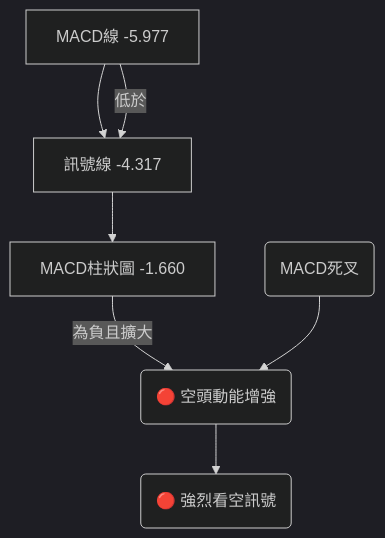
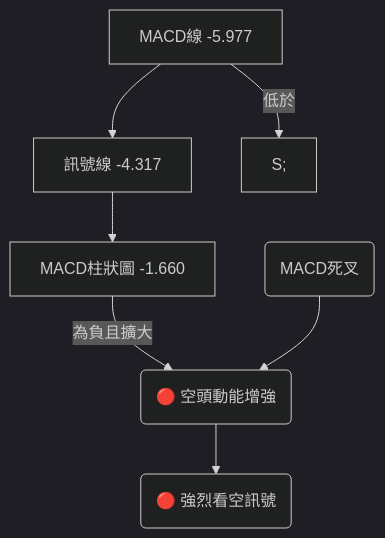
The seventh of 7 diagrams in ai_gen_report/stock/amzn/technical_analysis_2026-06-24_gemini.md (yennanliu/finance_data), drawn with Mermaid (dark theme) before and after one commit. The commit also changed other lines of this file and 2171 other files, not shown here.

First line of the commit message:
chore: re-run corrected Mermaid backfill across reports

````diff
--- a/ai_gen_report/stock/amzn/technical_analysis_2026-06-24_gemini.md
+++ b/ai_gen_report/stock/amzn/technical_analysis_2026-06-24_gemini.md
@@ -488,11 +488,11 @@
 ```mermaid
 graph TD
-    M[MACD線 -5.977] --> S[訊號線 -4.317];
-    S --> H[MACD柱狀圖 -1.660];
+    M["MACD線 -5.977"] --> S["訊號線 -4.317"];
+    S --> H["MACD柱狀圖 -1.660"];
 
-    M -- 低於 --> S;
-    H -- 為負且擴大 --> H_Trend(🔴 空頭動能增強);
+    M -- 低於 --> nb1["S;"]
+    H -- 為負且擴大 --> H_Trend("🔴 空頭動能增強");
 
-    M_Cross(MACD死叉) --> H_Trend;
-    H_Trend --> Conclusion(🔴 強烈看空訊號);
+    M_Cross("MACD死叉") --> H_Trend;
+    H_Trend --> Conclusion("🔴 強烈看空訊號");
 ```
````
